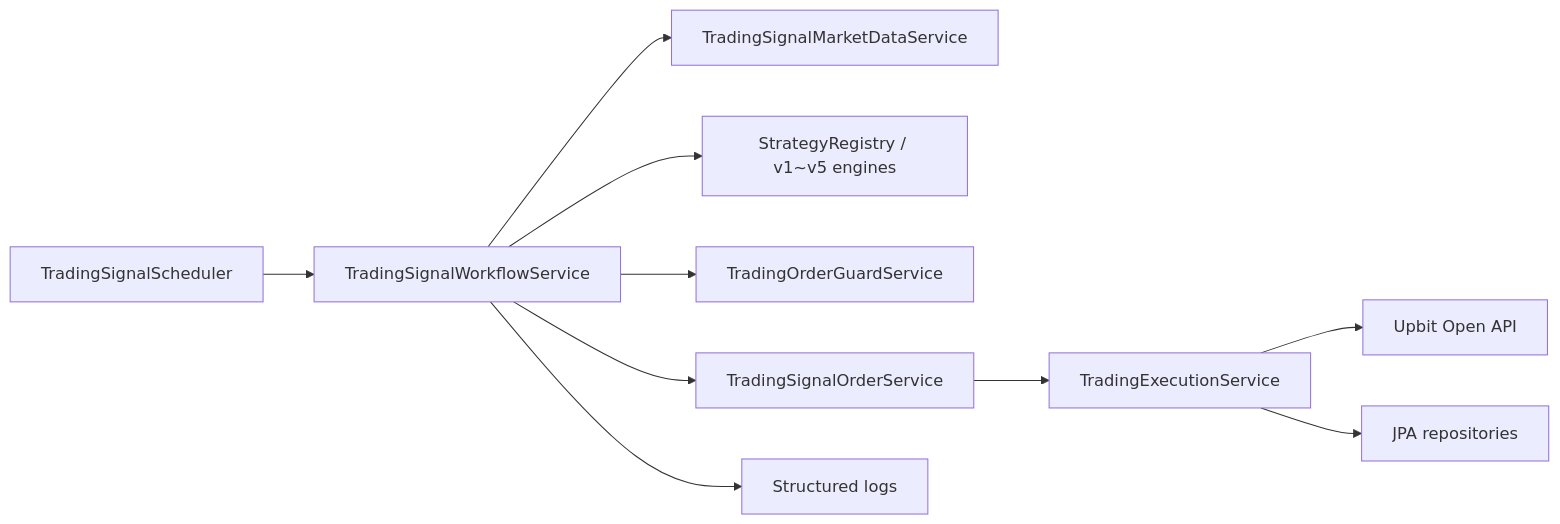
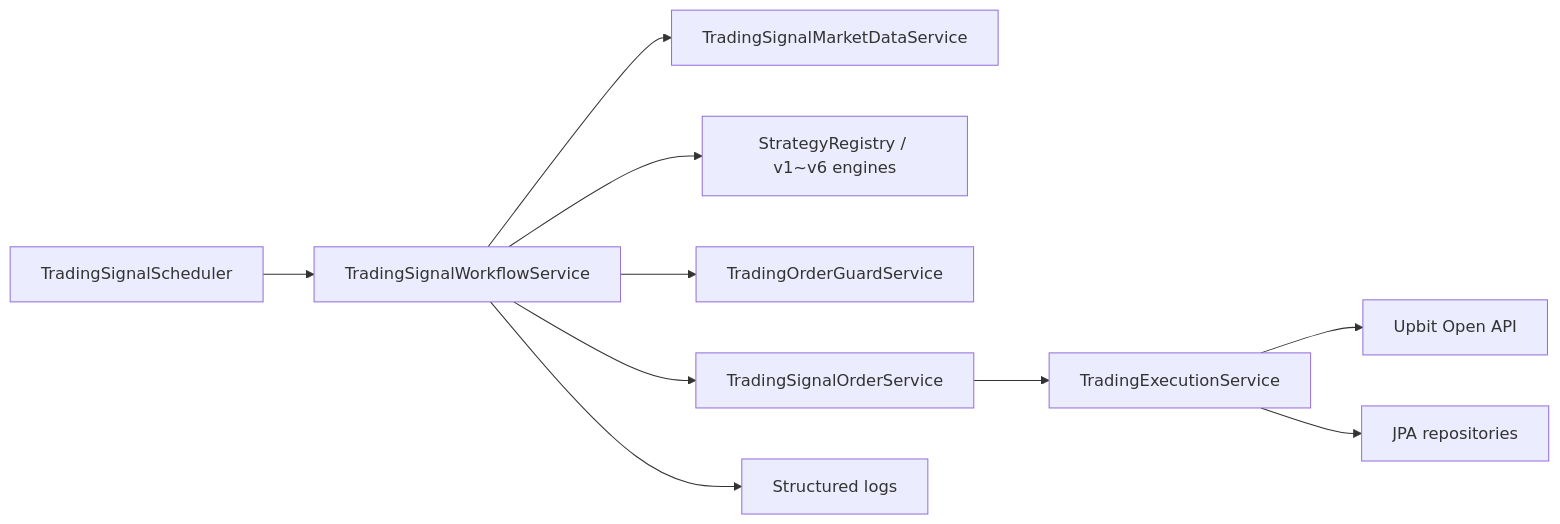
Before and after one commit to now-start/evergreen: the diagram in docs/technical_specification.md, drawn with Mermaid. The commit also changed other lines of this file and 23 other files, not shown here.

````diff
--- a/docs/technical_specification.md
+++ b/docs/technical_specification.md
@@ -11,12 +11,12 @@
 ```mermaid
 flowchart LR
     Scheduler["TradingSignalScheduler"] --> Workflow["TradingSignalWorkflowService"]
     Workflow --> MarketData["TradingSignalMarketDataService"]
-    Workflow --> Strategy["StrategyRegistry / v1~v5 engines"]
+    Workflow --> Strategy["StrategyRegistry / v1~v6 engines"]
     Workflow --> Guard["TradingOrderGuardService"]
     Workflow --> SignalOrder["TradingSignalOrderService"]
     SignalOrder --> Execution["TradingExecutionService"]
     Execution --> Upbit["Upbit Open API"]
     Execution --> DB["JPA repositories"]
     Workflow --> Logs["Structured logs"]
 ```
````
